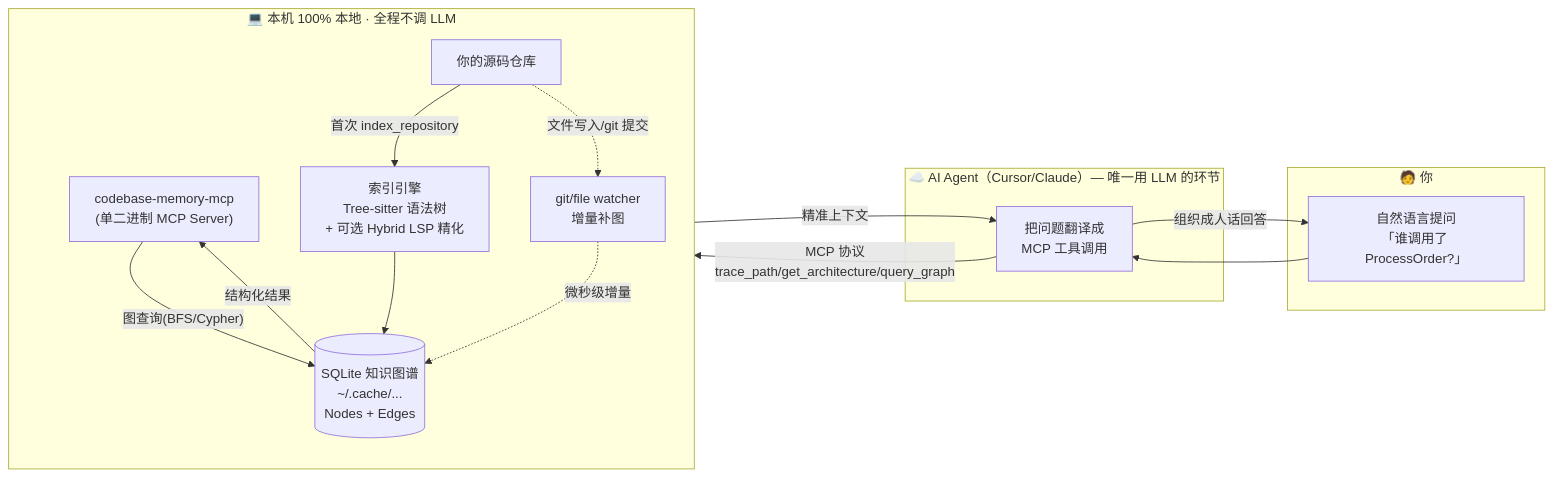
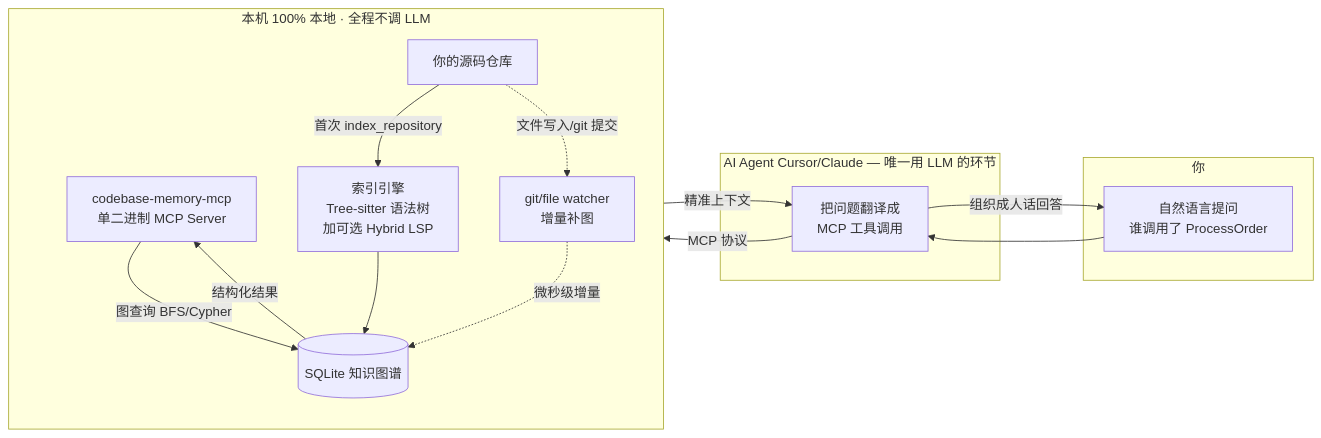
The diagram in github-repo-usage-article/EXAMPLE.md (zyjhandsome/skills), drawn with Mermaid before and after one commit. The commit also changed other lines of this file and 47 other files, not shown here.

````diff
--- a/github-repo-usage-article/EXAMPLE.md
+++ b/github-repo-usage-article/EXAMPLE.md
@@ -265,29 +38,29 @@
 ```mermaid
 flowchart LR
-    subgraph YOU["🧑 你"]
-        U["自然语言提问<br/>「谁调用了 ProcessOrder?」"]
+    subgraph YOU["你"]
+        U["自然语言提问<br/>谁调用了 ProcessOrder"]
     end
 
-    subgraph AGENT["☁️ AI Agent（Cursor/Claude）— 唯一用 LLM 的环节"]
+    subgraph AGENT["AI Agent Cursor/Claude — 唯一用 LLM 的环节"]
         A["把问题翻译成<br/>MCP 工具调用"]
     end
 
-    subgraph LOCAL["💻 本机 100% 本地 · 全程不调 LLM"]
+    subgraph LOCAL["本机 100% 本地 · 全程不调 LLM"]
         direction TB
-        M["codebase-memory-mcp<br/>(单二进制 MCP Server)"]
-        IDX["索引引擎<br/>Tree-sitter 语法树<br/>+ 可选 Hybrid LSP 精化"]
-        DB[("SQLite 知识图谱<br/>~/.cache/...<br/>Nodes + Edges")]
+        M["codebase-memory-mcp<br/>单二进制 MCP Server"]
+        IDX["索引引擎<br/>Tree-sitter 语法树<br/>加可选 Hybrid LSP"]
+        DB[("SQLite 知识图谱")]
         SRC["你的源码仓库"]
         W["git/file watcher<br/>增量补图"]
     end
 
     U --> A
-    A -- "MCP 协议<br/>trace_path/get_architecture/query_graph" --> M
-    M -- "图查询(BFS/Cypher)" --> DB
+    A -- "MCP 协议" --> M
+    M -- "图查询 BFS/Cypher" --> DB
     DB -- "结构化结果" --> M
     M -- "精准上下文" --> A
     A -- "组织成人话回答" --> U
 
     SRC -- "首次 index_repository" --> IDX --> DB
     SRC -. "文件写入/git 提交" .-> W -. "微秒级增量" .-> DB
 ```
````
